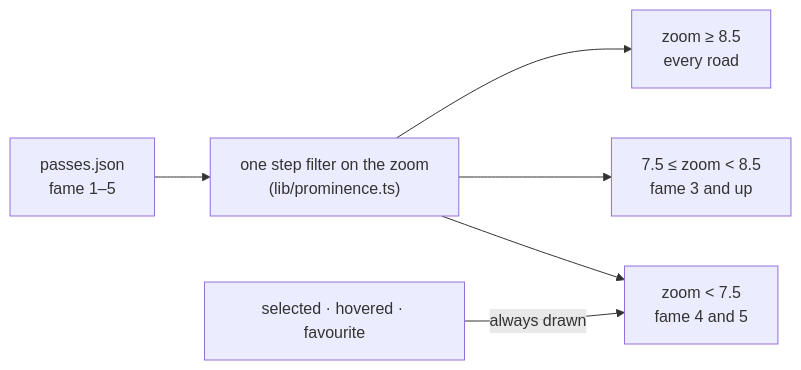
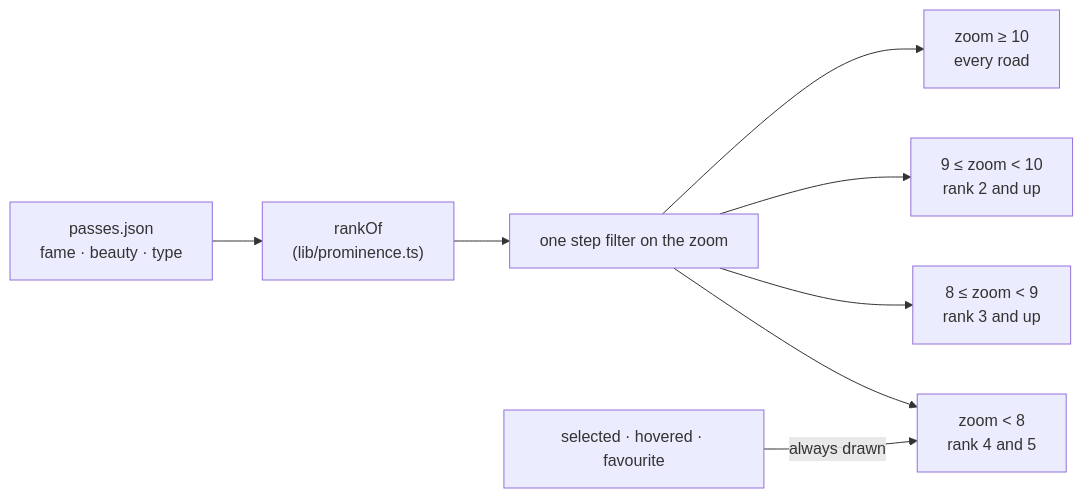
One commit to mdugue/alpen changed the second of 4 diagrams in docs/map-rendering.md. Above: the diagram before and after it, drawn with Mermaid. The commit also changed other lines of this file and 7 other files, not shown here.

````diff
--- a/docs/map-rendering.md
+++ b/docs/map-rendering.md
@@ -255,8 +255,10 @@
 ```mermaid
 flowchart LR
-  P["passes.json<br/>fame 1–5"] --> F["one step filter on the zoom<br/>(lib/prominence.ts)"]
-  F --> Z1["zoom < 7.5<br/>fame 4 and 5"]
-  F --> Z2["7.5 ≤ zoom < 8.5<br/>fame 3 and up"]
-  F --> Z3["zoom ≥ 8.5<br/>every road"]
+  P["passes.json<br/>fame · beauty · type"] --> R["rankOf<br/>(lib/prominence.ts)"]
+  R --> F["one step filter on the zoom"]
+  F --> Z1["zoom < 8<br/>rank 4 and 5"]
+  F --> Z2["8 ≤ zoom < 9<br/>rank 3 and up"]
+  F --> Z3["9 ≤ zoom < 10<br/>rank 2 and up"]
+  F --> Z4["zoom ≥ 10<br/>every road"]
   S["selected · hovered · favourite"] -->|"always drawn"| Z1
 ```
````
